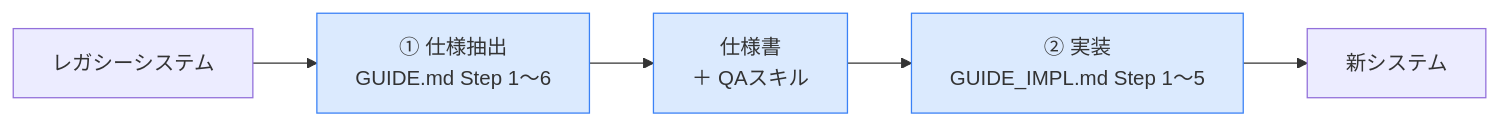
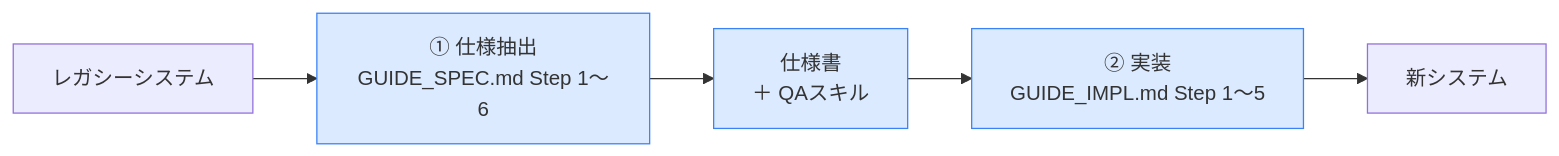
Before and after one commit to ishimori/spec-know-how: the diagram in README.md, drawn with Mermaid. The commit also changed other lines of this file and 15 other files, not shown here.

First line of the commit message:
refactor: GUIDE.md → GUIDE_SPEC.md にリネーム

````diff
--- a/README.md
+++ b/README.md
@@ -24,14 +24,14 @@
 ```mermaid
 flowchart LR
     A["レガシーシステム"]
-    B["① 仕様抽出\nGUIDE.md Step 1〜6"]
+    B["① 仕様抽出\nGUIDE_SPEC.md Step 1〜6"]
     C["仕様書\n＋ QAスキル"]
     D["② 実装\nGUIDE_IMPL.md Step 1〜5"]
     E["新システム"]
 
     A --> B --> C --> D --> E
 
     style B fill:#dbeafe,stroke:#3b82f6
     style C fill:#dbeafe,stroke:#3b82f6
     style D fill:#dbeafe,stroke:#3b82f6
 ```
````
